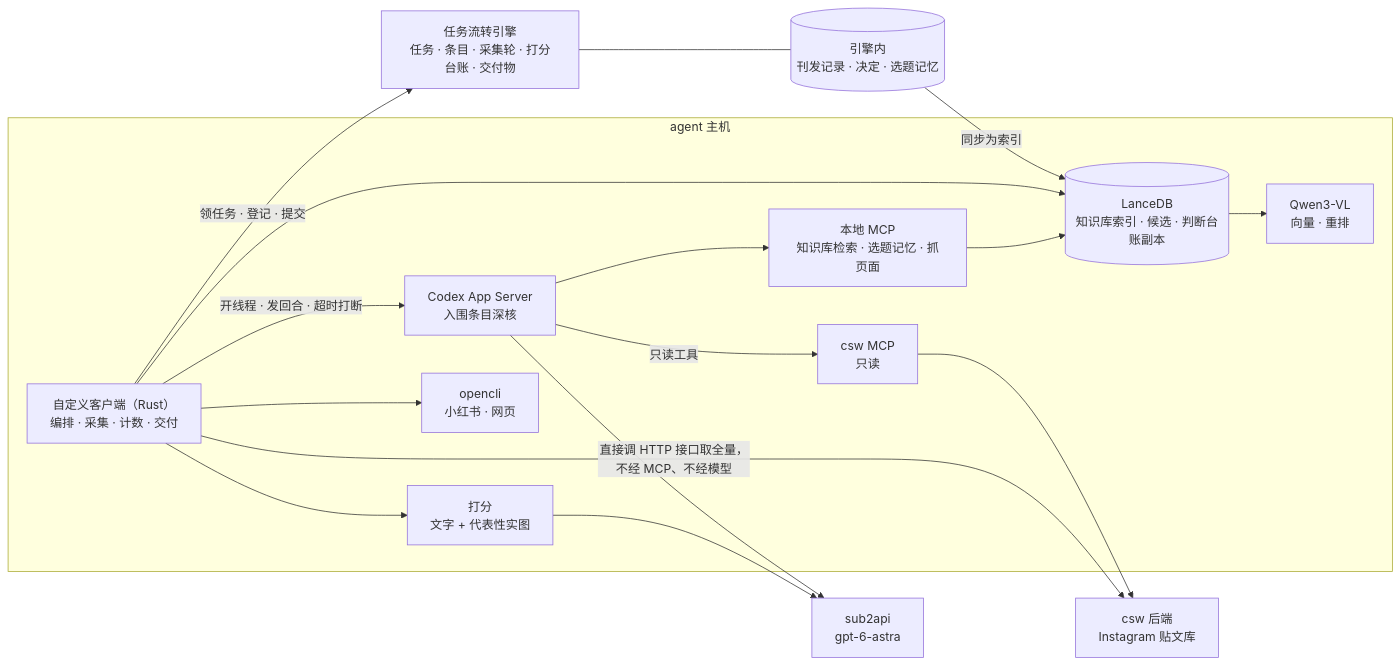
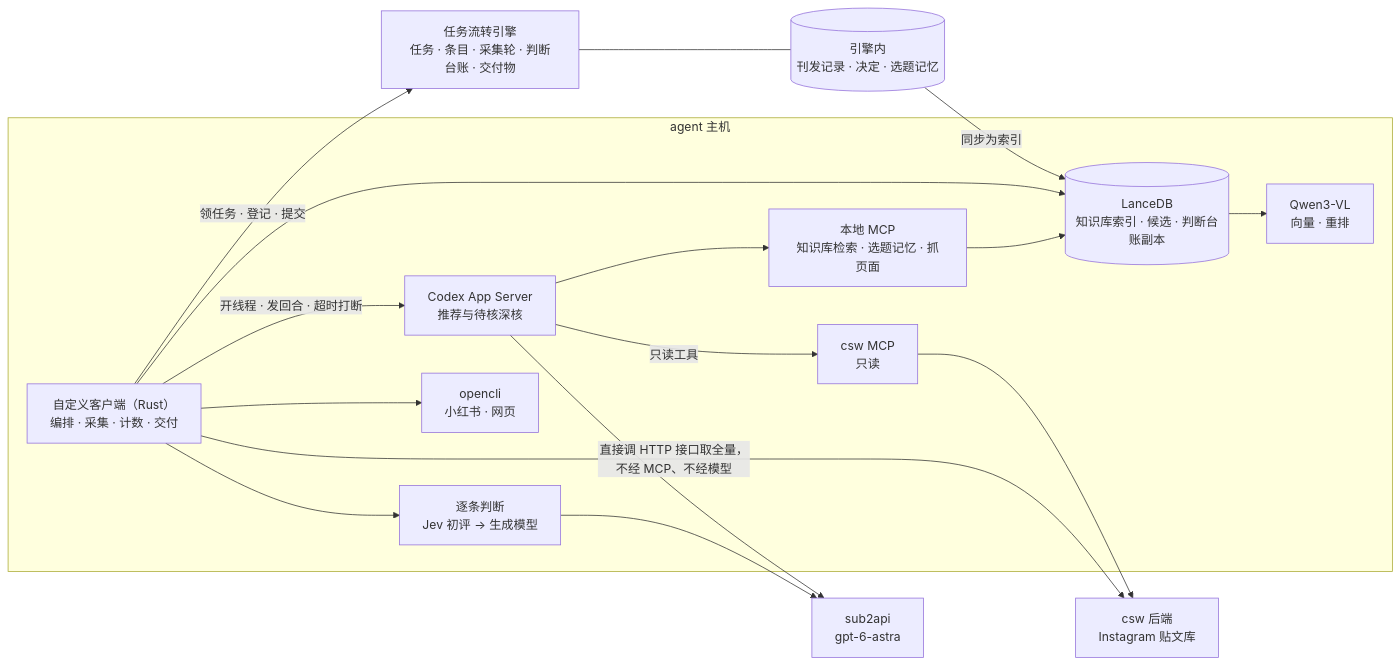
The diagram in docs/情报收集员改造方案_概要版_20260919.md (azure1489/csw-agent-team), drawn with Mermaid before and after one commit. The commit also changed other lines of this file and 5 other files, not shown here.

````diff
--- a/docs/情报收集员改造方案_概要版_20260919.md
+++ b/docs/情报收集员改造方案_概要版_20260919.md
@@ -89,32 +89,32 @@
 ```mermaid
 flowchart LR
   subgraph HOST["agent 主机"]
     C["自定义客户端（Rust）<br/>编排 · 采集 · 计数 · 交付"]
-    S["打分<br/>文字 + 代表性实图"]
-    X["Codex App Server<br/>入围条目深核"]
+    S["逐条判断<br/>Jev 初评 → 生成模型"]
+    X["Codex App Server<br/>推荐与待核深核"]
     T["本地 MCP<br/>知识库检索 · 选题记忆 · 抓页面"]
     L[("LanceDB<br/>知识库索引 · 候选 · 判断台账副本")]
     V["Qwen3-VL<br/>向量 · 重排"]
     M["csw MCP<br/>只读"]
     O["opencli<br/>小红书 · 网页"]
   end
-  E["任务流转引擎<br/>任务 · 条目 · 采集轮 · 打分台账 · 交付物"]
+  E["任务流转引擎<br/>任务 · 条目 · 采集轮 · 判断台账 · 交付物"]
   K[("引擎内<br/>刊发记录 · 决定 · 选题记忆")]
   P["sub2api<br/>gpt-6-astra"]
   B["csw 后端<br/>Instagram 贴文库"]
   C -- "领任务 · 登记 · 提交" --> E
   C -- "直接调 HTTP 接口取全量，不经 MCP、不经模型" --> B
   C --> S
   C -- "开线程 · 发回合 · 超时打断" --> X
   X --> T
   X -- "只读工具" --> M
   T --> L
   C --> L
   L --> V
   K -- "同步为索引" --> L
   S --> P
   X --> P
   M --> B
   C --> O
   E --- K
 ```
````
